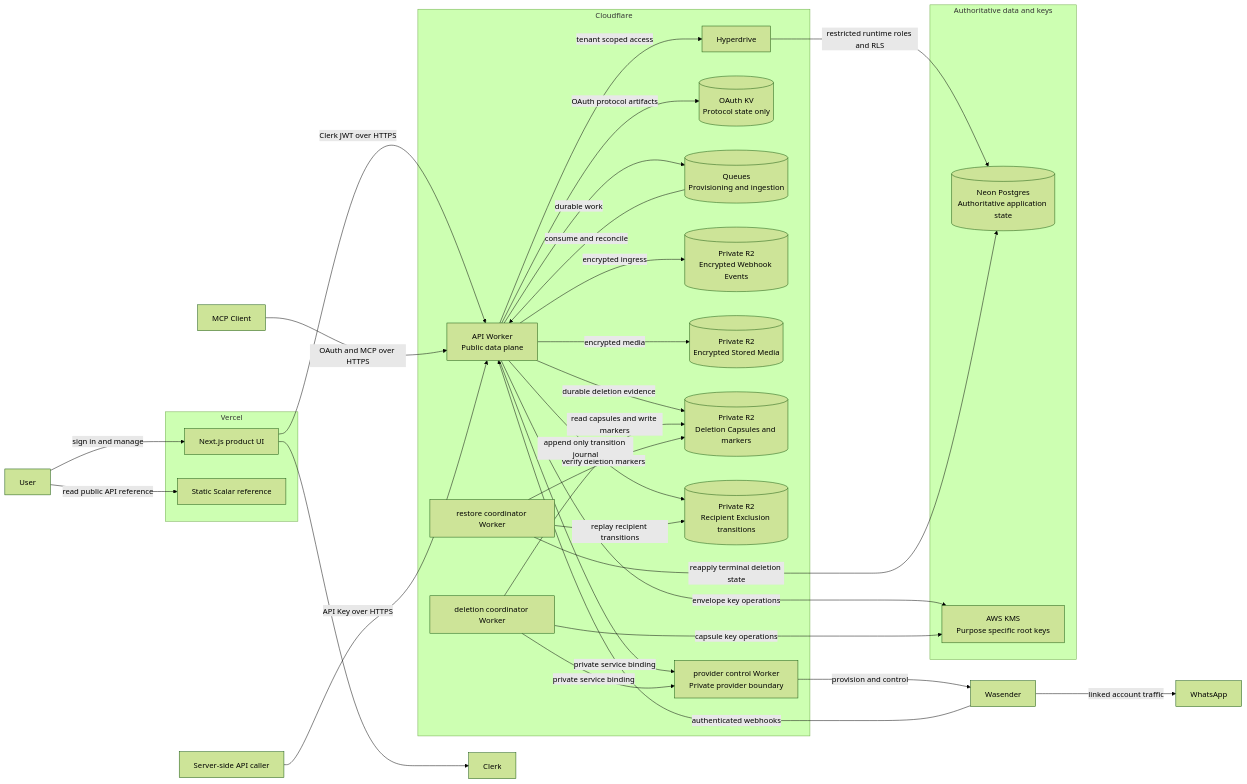
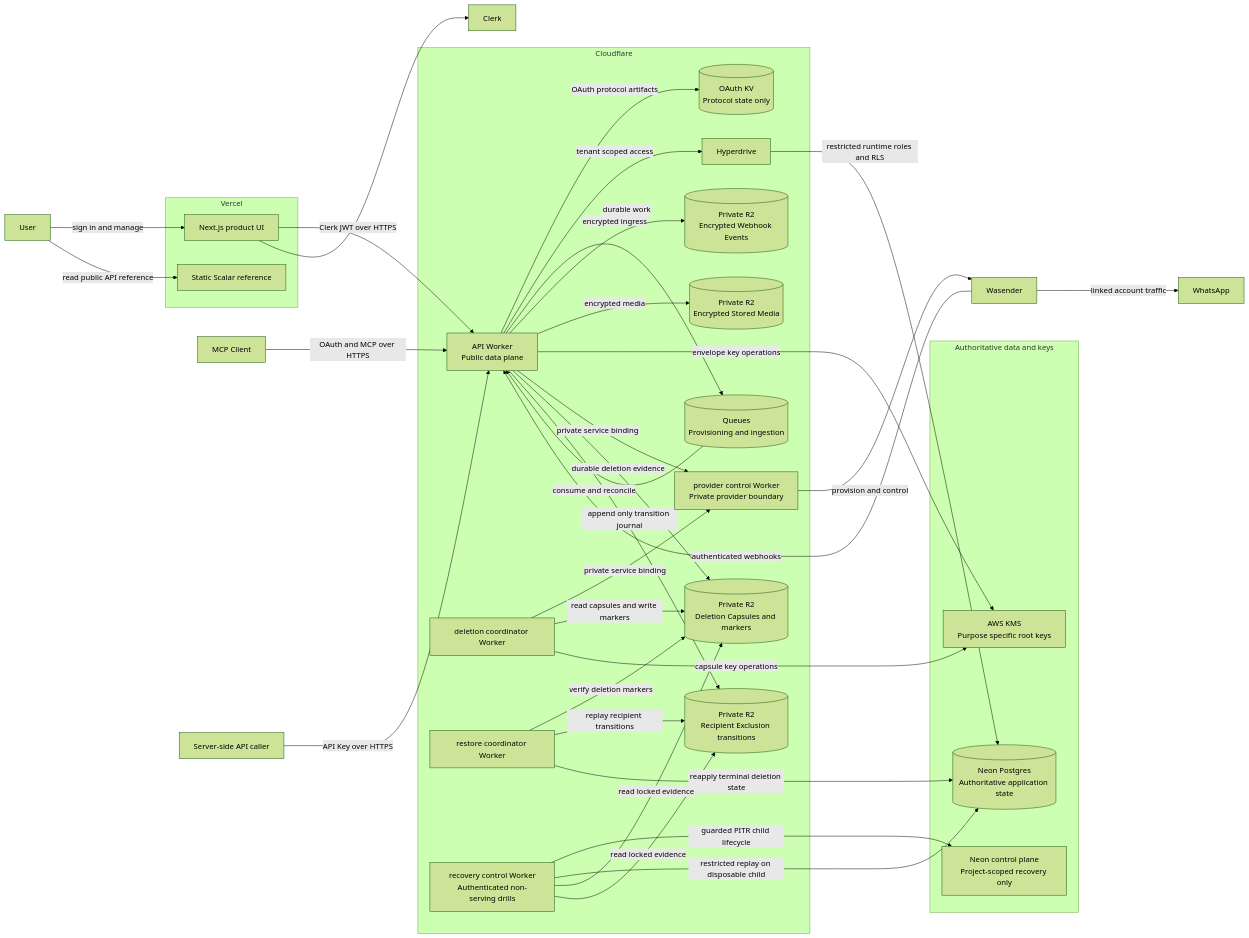
Before and after one commit to Jibaru/normal: the diagram in docs/architecture.md, drawn with Mermaid (forest theme). The commit also changed other lines of this file and 37 other files, not shown here.

Commit message:
Add production recovery control boundary

````diff
--- a/docs/architecture.md
+++ b/docs/architecture.md
@@ -7,63 +7,69 @@
 ```mermaid
 flowchart LR
     user[User]
     mcp[MCP Client]
     apiCaller[Server-side API caller]
     clerk[Clerk]
     whatsapp[WhatsApp]
     wasender[Wasender]
 
     subgraph vercel[Vercel]
         web[Next.js product UI]
         docs[Static Scalar reference]
     end
 
     subgraph cloudflare[Cloudflare]
         api[API Worker<br/>Public data plane]
         provider[provider control Worker<br/>Private provider boundary]
         deletion[deletion coordinator Worker]
         restore[restore coordinator Worker]
+        recovery[recovery control Worker<br/>Authenticated non-serving drills]
         oauth[(OAuth KV<br/>Protocol state only)]
         queues[(Queues<br/>Provisioning and ingestion)]
         webhook[(Private R2<br/>Encrypted Webhook Events)]
         media[(Private R2<br/>Encrypted Stored Media)]
         lifecycle[(Private R2<br/>Deletion Capsules and markers)]
         transitions[(Private R2<br/>Recipient Exclusion transitions)]
         hyperdrive[Hyperdrive]
     end
 
     subgraph data[Authoritative data and keys]
         neon[(Neon Postgres<br/>Authoritative application state)]
         kms[AWS KMS<br/>Purpose specific root keys]
+        neonControl[Neon control plane<br/>Project-scoped recovery only]
     end
 
     user -->|sign in and manage| web
     user -->|read public API reference| docs
     web -->|Clerk JWT over HTTPS| api
     mcp -->|OAuth and MCP over HTTPS| api
     apiCaller -->|API Key over HTTPS| api
     web --> clerk
     api -->|OAuth protocol artifacts| oauth
 
     api -->|tenant scoped access| hyperdrive
     hyperdrive -->|restricted runtime roles and RLS| neon
     api -->|durable work| queues
     queues -->|consume and reconcile| api
     wasender -->|authenticated webhooks| api
     api -->|encrypted ingress| webhook
     api -->|encrypted media| media
     api -->|envelope key operations| kms
 
     api -->|private service binding| provider
     deletion -->|private service binding| provider
     provider -->|provision and control| wasender
     wasender -->|linked account traffic| whatsapp
 
     api -->|durable deletion evidence| lifecycle
     deletion -->|read capsules and write markers| lifecycle
     deletion -->|capsule key operations| kms
     restore -->|verify deletion markers| lifecycle
     api -->|append only transition journal| transitions
     restore -->|replay recipient transitions| transitions
     restore -->|reapply terminal deletion state| neon
+    recovery -->|guarded PITR child lifecycle| neonControl
+    recovery -->|restricted replay on disposable child| neon
+    recovery -->|read locked evidence| lifecycle
+    recovery -->|read locked evidence| transitions
 ```
````
